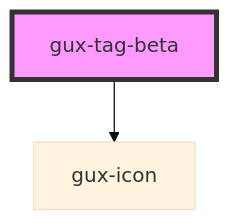
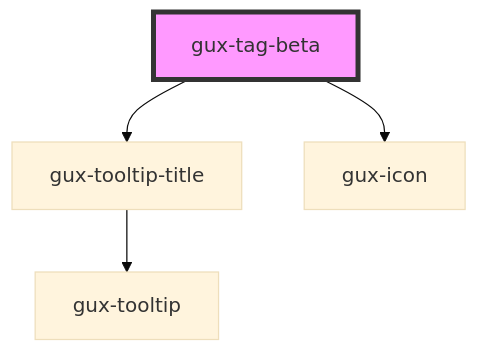
One commit to MyPureCloud/genesys-spark changed the diagram in src/components/beta/gux-tag/readme.md. Above: the diagram before and after it, drawn with Mermaid (base theme). The commit also changed other lines of this file and 10 other files, not shown here.

Commit message:
feat(gux-tooltip-title): update tooltip-title for use in tag

````diff
--- a/src/components/beta/gux-tag/readme.md
+++ b/src/components/beta/gux-tag/readme.md
@@ -33,5 +34,7 @@
 ```mermaid
 graph TD;
+  gux-tag-beta --> gux-tooltip-title
   gux-tag-beta --> gux-icon
+  gux-tooltip-title --> gux-tooltip
   style gux-tag-beta fill:#f9f,stroke:#333,stroke-width:4px
 ```
````
